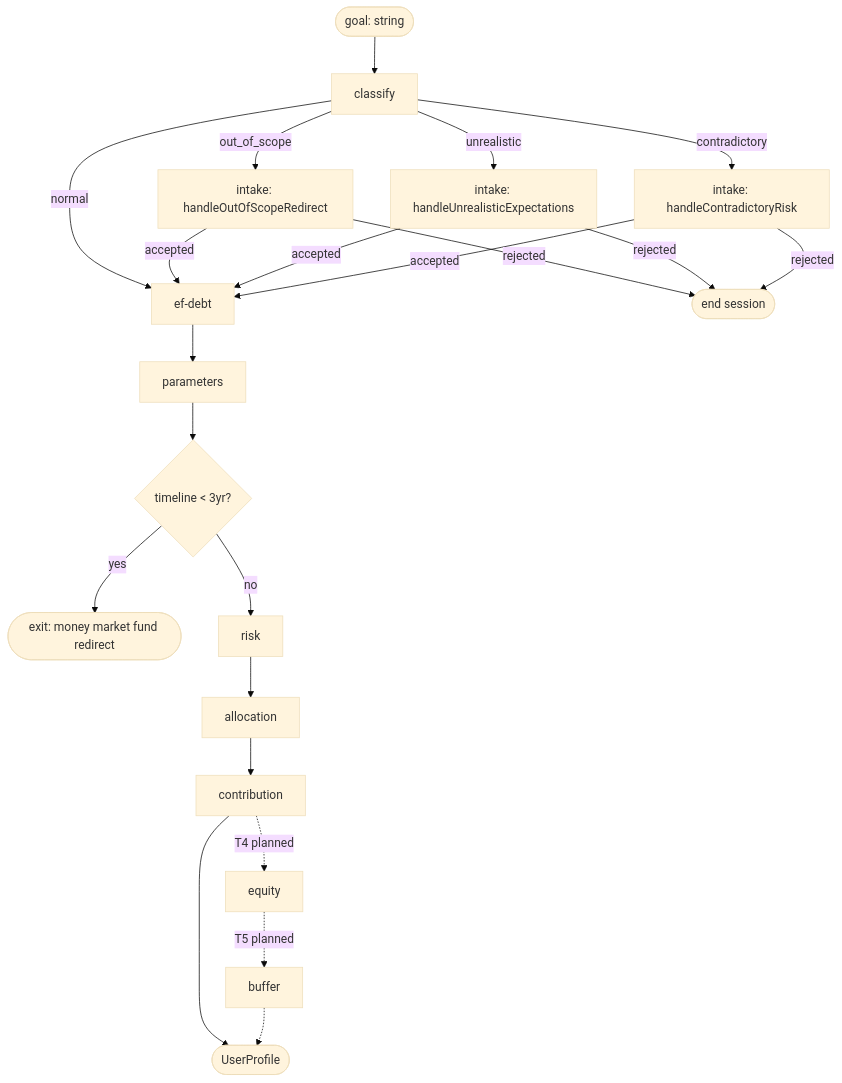
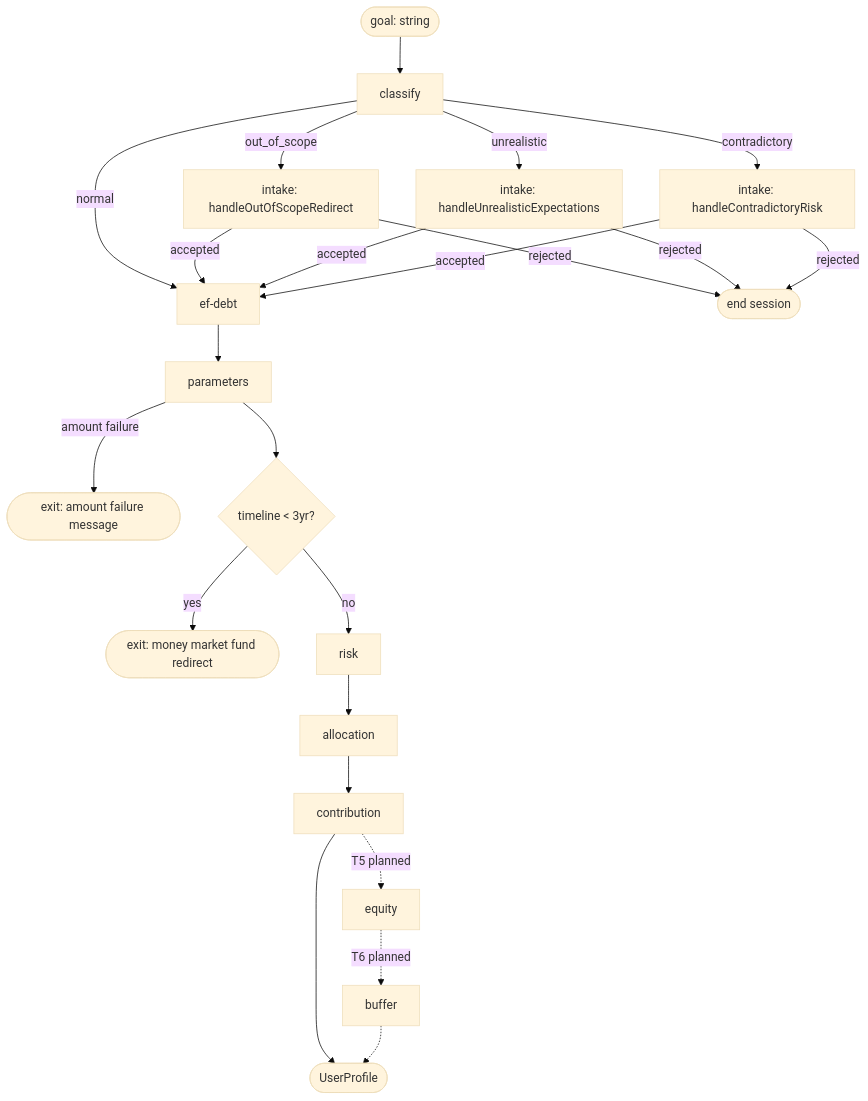
Before and after one commit to itayg43/lazy-advisor: the diagram in documentation/ARCHITECTURE.md, drawn with Mermaid (base theme). The commit also changed other lines of this file and 6 other files, not shown here.

````diff
--- a/documentation/ARCHITECTURE.md
+++ b/documentation/ARCHITECTURE.md
@@ -11,26 +11,27 @@
 ```mermaid
 flowchart TD
     Start([goal: string]) --> Classify[classify]
     Classify -->|normal| EfDebt[ef-debt]
     Classify -->|out_of_scope| OOS[intake: handleOutOfScopeRedirect]
     Classify -->|unrealistic| Unreal[intake: handleUnrealisticExpectations]
     Classify -->|contradictory| Contra[intake: handleContradictoryRisk]
 
     OOS -->|accepted| EfDebt
     OOS -->|rejected| End([end session])
     Unreal -->|accepted| EfDebt
     Unreal -->|rejected| End
     Contra -->|accepted| EfDebt
     Contra -->|rejected| End
 
     EfDebt --> Parameters[parameters]
+    Parameters -->|amount failure| ExitAmount([exit: amount failure message])
     Parameters --> ShortHorizon{timeline < 3yr?}
     ShortHorizon -->|yes| ExitShort([exit: money market fund redirect])
     ShortHorizon -->|no| Risk[risk]
     Risk --> Allocation[allocation]
     Allocation --> Contribution[contribution]
     Contribution --> Profile([UserProfile])
-    Contribution -.->|T4 planned| Equity[equity]
-    Equity -.->|T5 planned| Buffer[buffer]
+    Contribution -.->|T5 planned| Equity[equity]
+    Equity -.->|T6 planned| Buffer[buffer]
     Buffer -.-> Profile
 ```
````
